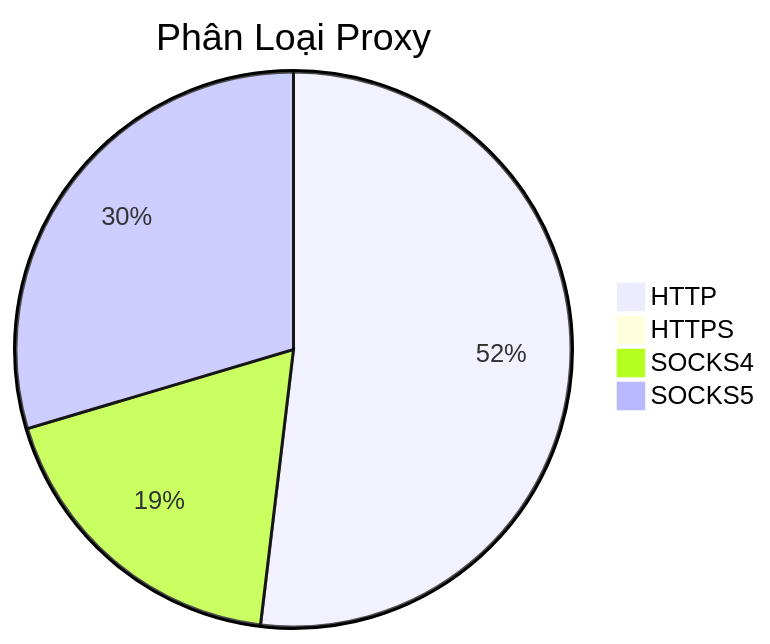
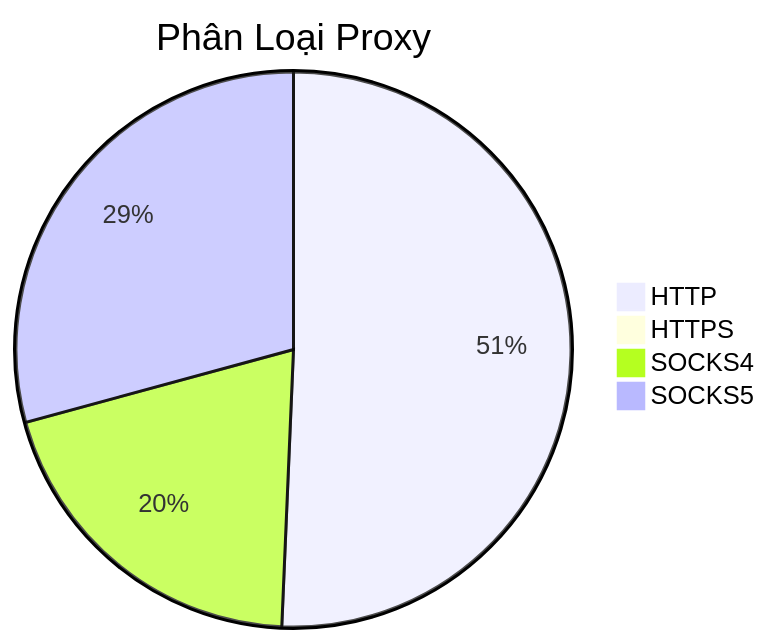
The diagram in README.md (Ciara-12/PROXY-free), drawn with Mermaid before and after one commit. The commit also changed other lines of this file and 4 other files, not shown here.

````diff
--- a/README.md
+++ b/README.md
@@ -26,7 +26,7 @@
 ```mermaid
 pie title Phân Loại Proxy
-    "HTTP" : 547
-    "HTTPS" : 0
-    "SOCKS4" : 195
-    "SOCKS5" : 312
+    "HTTP" : 527
+    "HTTPS" : 1
+    "SOCKS4" : 209
+    "SOCKS5" : 304
 ```
````
